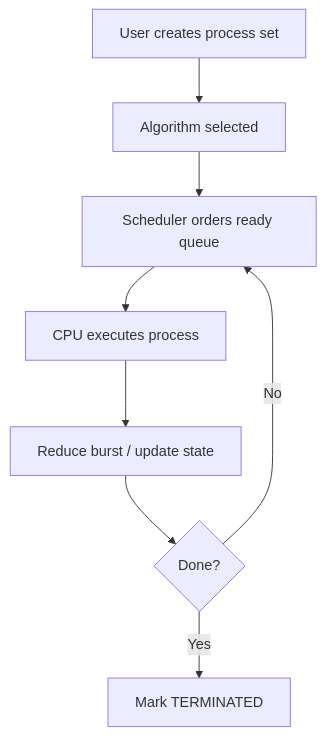
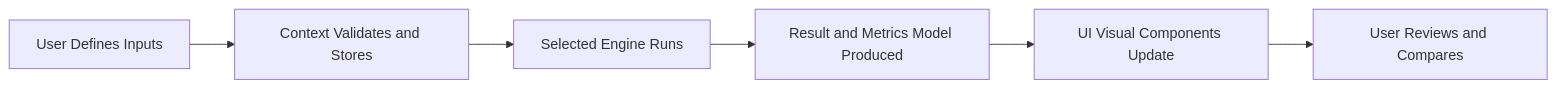
Before and after one commit to ramalokeshreddyp/KernelCanvas: the third of 5 diagrams in projectdocumentation.md, drawn with Mermaid. The commit also changed other lines of this file and 51 other files, not shown here.

````diff
--- a/projectdocumentation.md
+++ b/projectdocumentation.md
@@ -102,10 +84,8 @@
 ```mermaid
-flowchart TD
-  A[User creates process set] --> B[Algorithm selected]
-  B --> C[Scheduler orders ready queue]
-  C --> D[CPU executes process]
-  D --> E[Reduce burst / update state]
-  E --> F{Done?}
-  F -->|No| C
-  F -->|Yes| G[Mark TERMINATED]
+flowchart LR
+  U[User Defines Inputs] --> C[Context Validates and Stores]
+  C --> E[Selected Engine Runs]
+  E --> R[Result and Metrics Model Produced]
+  R --> V[UI Visual Components Update]
+  V --> X[User Reviews and Compares]
 ```
````
